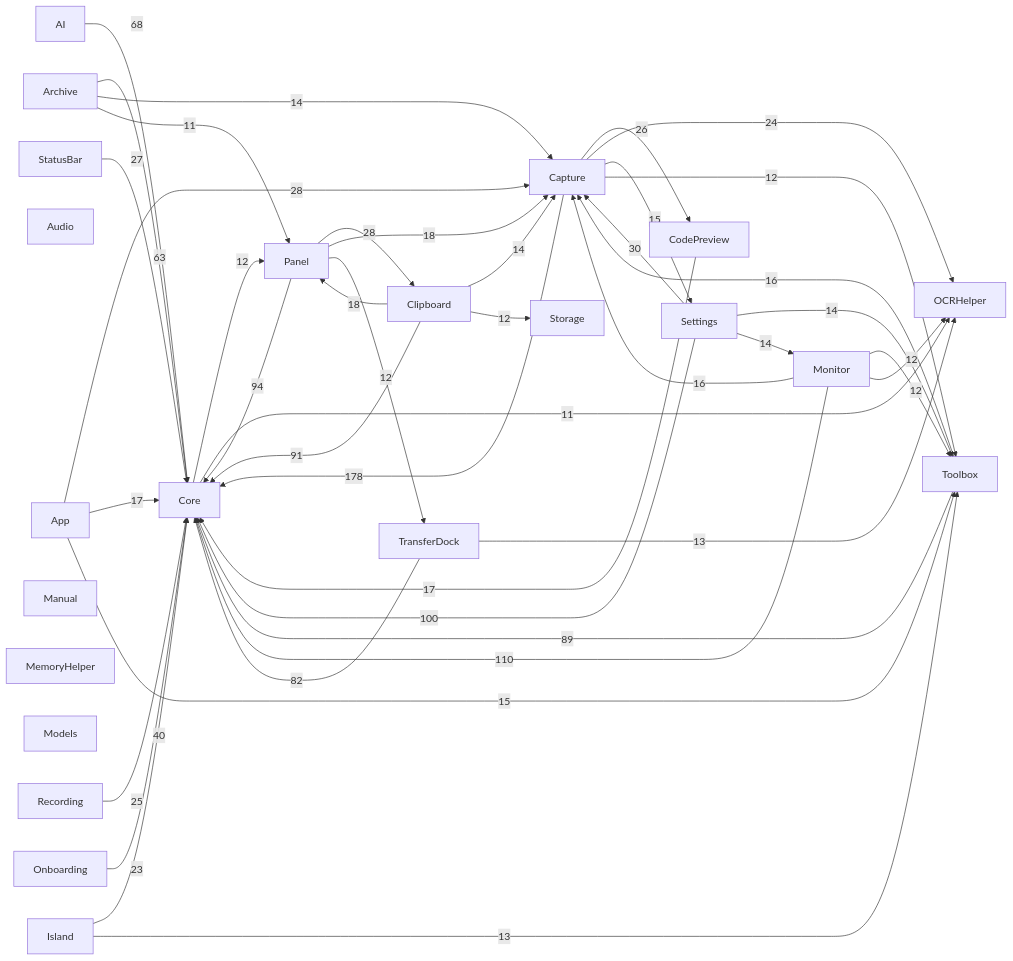
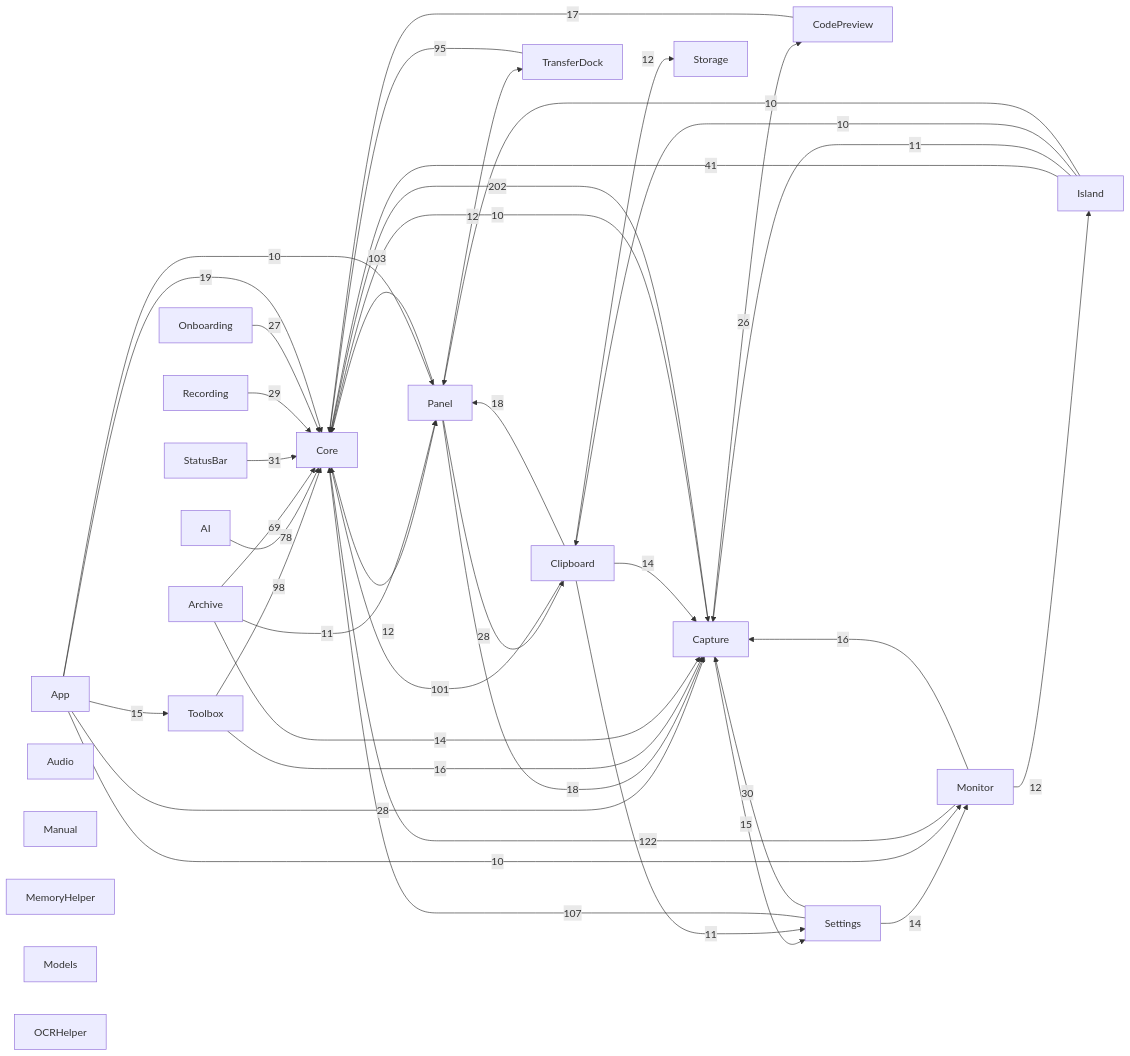
The diagram in docs/00-总览/模块依赖图.md (sxyq/Kitnest), drawn with Mermaid before and after one commit. The commit also changed other lines of this file and 5 other files, not shown here.

````diff
--- a/docs/00-总览/模块依赖图.md
+++ b/docs/00-总览/模块依赖图.md
@@ -36,65 +36,65 @@
 ```mermaid
 flowchart LR
   M0["AI"]
   M1["App"]
   M2["Archive"]
   M3["Audio"]
   M4["Capture"]
   M5["Clipboard"]
   M6["CodePreview"]
   M7["Core"]
   M8["Island"]
   M9["Manual"]
   M10["MemoryHelper"]
   M11["Models"]
   M12["Monitor"]
   M13["OCRHelper"]
   M14["Onboarding"]
   M15["Panel"]
   M16["Recording"]
   M17["Settings"]
   M18["StatusBar"]
   M19["Storage"]
   M20["Toolbox"]
   M21["TransferDock"]
-  M4 -->|178| M7
-  M12 -->|110| M7
-  M17 -->|100| M7
-  M15 -->|94| M7
-  M5 -->|91| M7
-  M20 -->|89| M7
-  M21 -->|82| M7
-  M0 -->|68| M7
-  M2 -->|63| M7
-  M8 -->|40| M7
+  M4 -->|202| M7
+  M12 -->|122| M7
+  M17 -->|107| M7
+  M15 -->|103| M7
+  M5 -->|101| M7
+  M20 -->|98| M7
+  M21 -->|95| M7
+  M0 -->|78| M7
+  M2 -->|69| M7
+  M8 -->|41| M7
+  M18 -->|31| M7
   M17 -->|30| M4
+  M16 -->|29| M7
   M1 -->|28| M4
   M15 -->|28| M5
-  M18 -->|27| M7
+  M14 -->|27| M7
   M4 -->|26| M6
-  M16 -->|25| M7
-  M4 -->|24| M13
-  M14 -->|23| M7
+  M1 -->|19| M7
+  M5 -->|18| M15
   M15 -->|18| M4
-  M5 -->|18| M15
-  M1 -->|17| M7
   M6 -->|17| M7
   M12 -->|16| M4
   M20 -->|16| M4
   M1 -->|15| M20
   M4 -->|15| M17
-  M17 -->|14| M20
-  M17 -->|14| M12
   M2 -->|14| M4
   M5 -->|14| M4
-  M8 -->|13| M20
-  M21 -->|13| M13
+  M17 -->|14| M12
   M7 -->|12| M15
-  M4 -->|12| M20
-  M12 -->|12| M20
-  M12 -->|12| M13
+  M5 -->|12| M19
+  M12 -->|12| M8
   M15 -->|12| M21
-  M5 -->|12| M19
-  M7 -->|11| M13
   M2 -->|11| M15
+  M5 -->|11| M17
+  M8 -->|11| M4
+  M1 -->|10| M15
+  M1 -->|10| M12
+  M7 -->|10| M4
+  M8 -->|10| M5
+  M8 -->|10| M15
 ```
````
